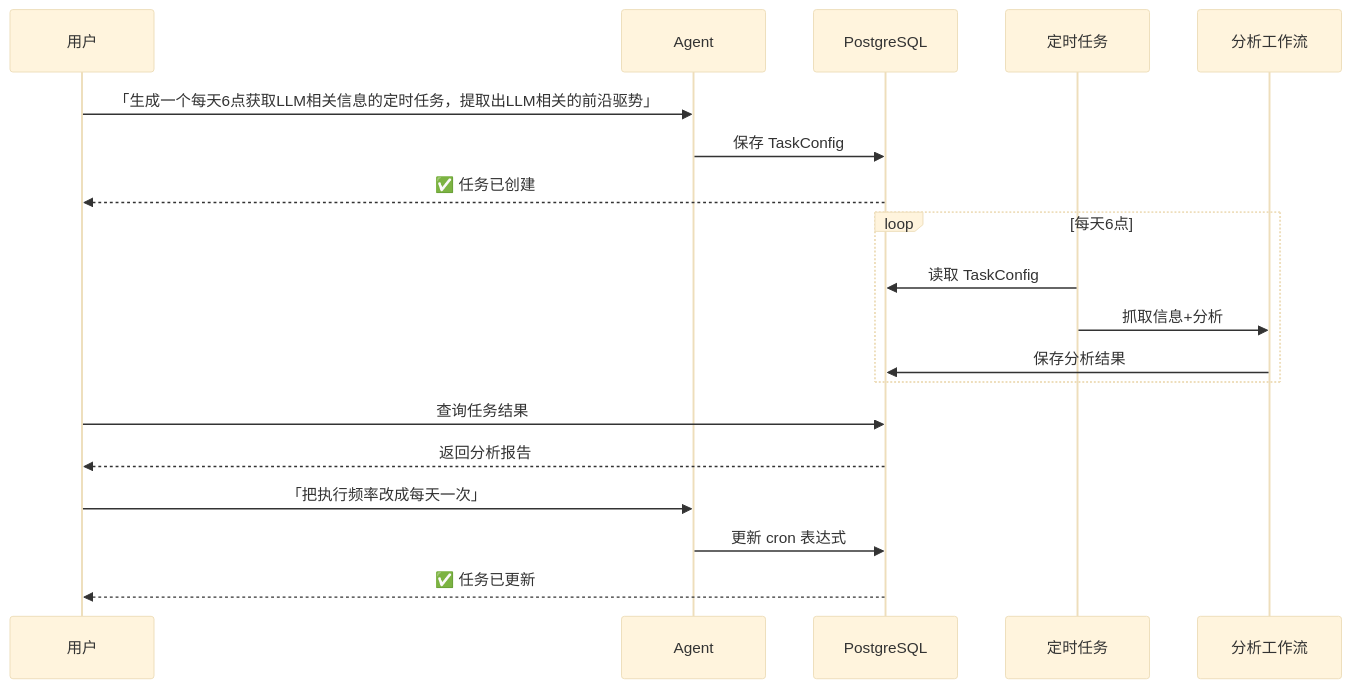
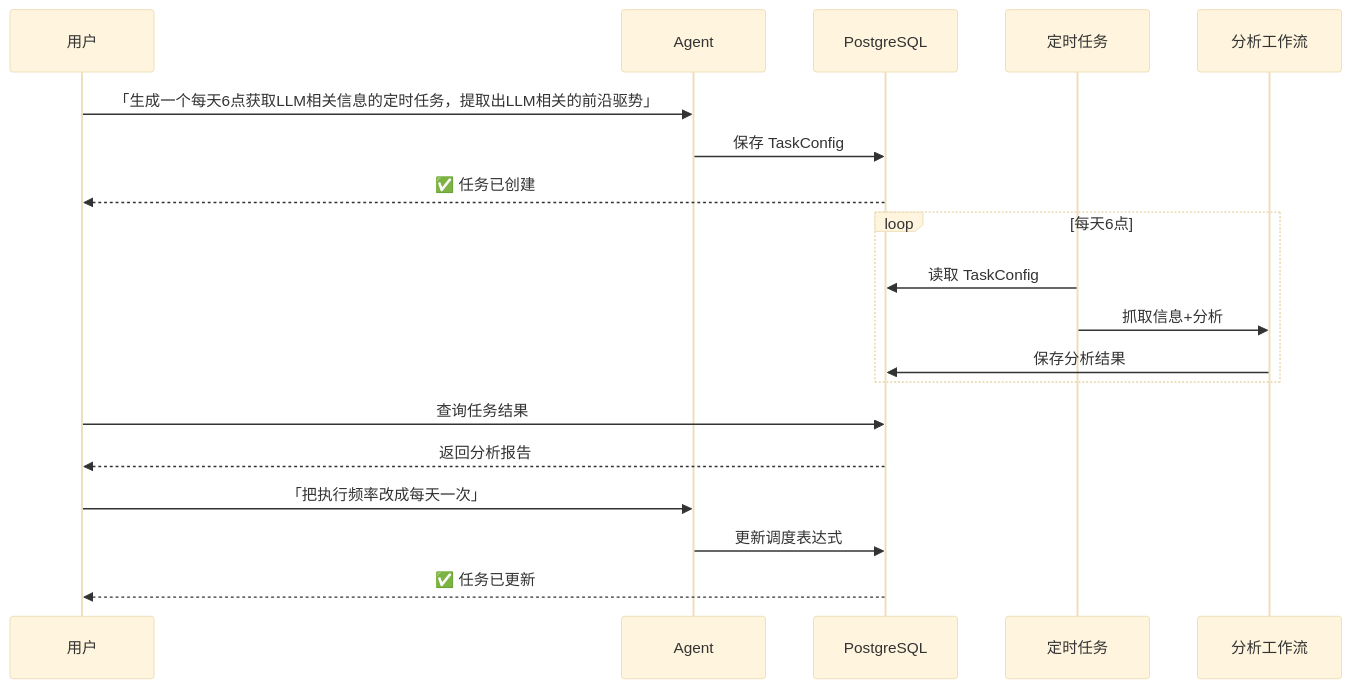
Before and after one commit to JinJieBeWater/redgent: the first of 4 diagrams in README.md, drawn with Mermaid (base theme). The commit also changed other lines of this file and 43 other files, not shown here.

````diff
--- a/README.md
+++ b/README.md
@@ -64,30 +39,30 @@
 ```mermaid
 %% Redgent 核心任务流程
 sequenceDiagram
     participant U as 用户
     participant AI as Agent
     participant PG as PostgreSQL
     participant SCH as 定时任务
     participant WF as 分析工作流
 
     %% 1. 创建任务
     U->>AI: 「生成一个每天6点获取LLM相关信息的定时任务，提取出LLM相关的前沿驱势」
     AI->>PG: 保存 TaskConfig
     PG-->>U: ✅ 任务已创建
 
     %% 2. 定时执行
     loop 每天6点
         SCH->>PG: 读取 TaskConfig
         SCH->>WF: 抓取信息+分析
         WF->>PG: 保存分析结果
     end
 
     %% 3. 查看结果
     U->>PG: 查询任务结果
     PG-->>U: 返回分析报告
 
     %% 4. 修改任务
     U->>AI: 「把执行频率改成每天一次」
-    AI->>PG: 更新 cron 表达式
+    AI->>PG: 更新调度表达式
     PG-->>U: ✅ 任务已更新
 ```
````
